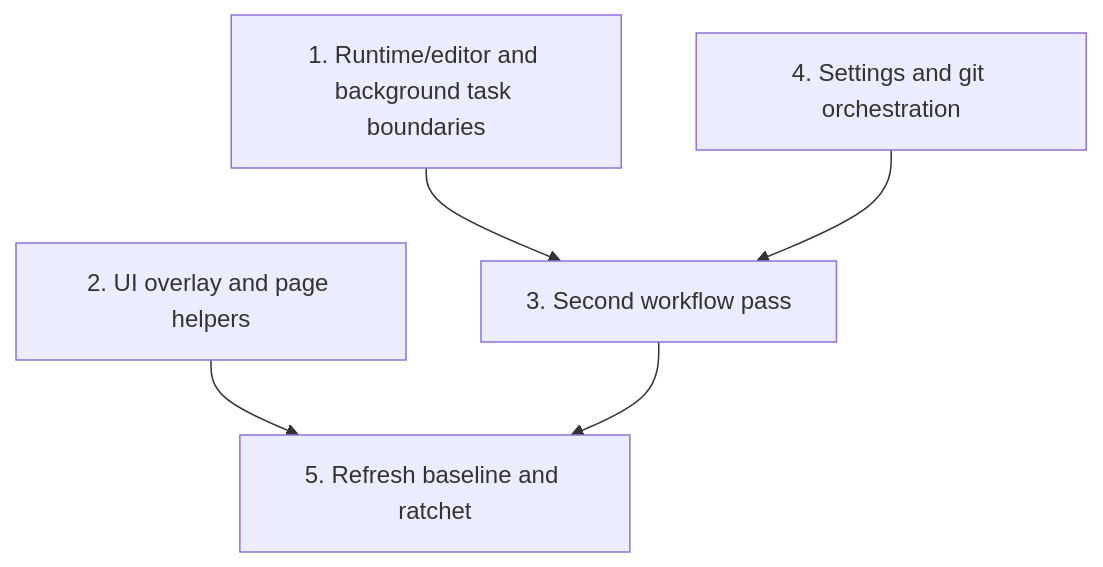
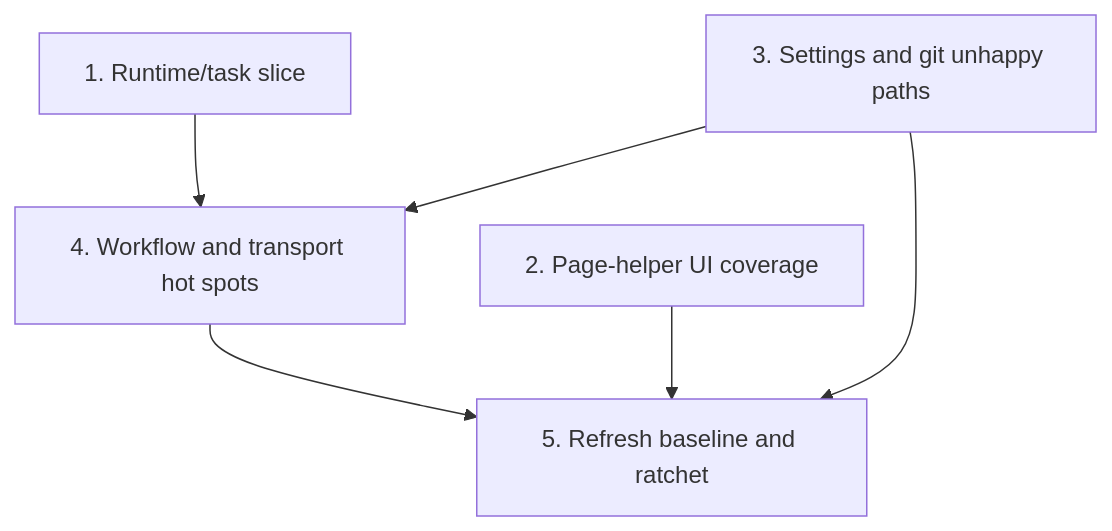
The diagram in docs/plan/coverage_follow_up.md (opencloudtool/agentty), drawn with Mermaid before and after one commit. The commit also changed other lines of this file, not shown here.

First line of the commit message:
Refine coverage follow-up plan priorities

````diff
--- a/docs/plan/coverage_follow_up.md
+++ b/docs/plan/coverage_follow_up.md
@@ -104,7 +116,8 @@
 ```mermaid
 graph TD
-    P1[1. Runtime/editor and background task boundaries] --> P3[3. Second workflow pass]
-    P4[4. Settings and git orchestration] --> P3
-    P2[2. UI overlay and page helpers] --> P5[5. Refresh baseline and ratchet]
+    P1[1. Runtime/task slice] --> P4[4. Workflow and transport hot spots]
+    P3[3. Settings and git unhappy paths] --> P4
+    P2[2. Page-helper UI coverage] --> P5[5. Refresh baseline and ratchet]
     P3 --> P5
+    P4 --> P5
 ```
````
